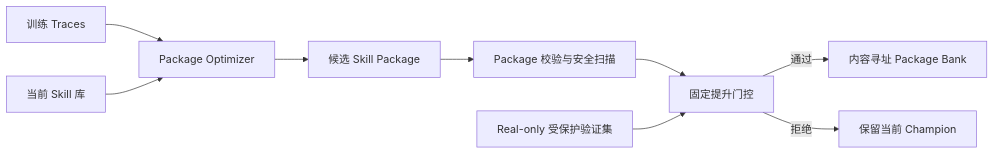
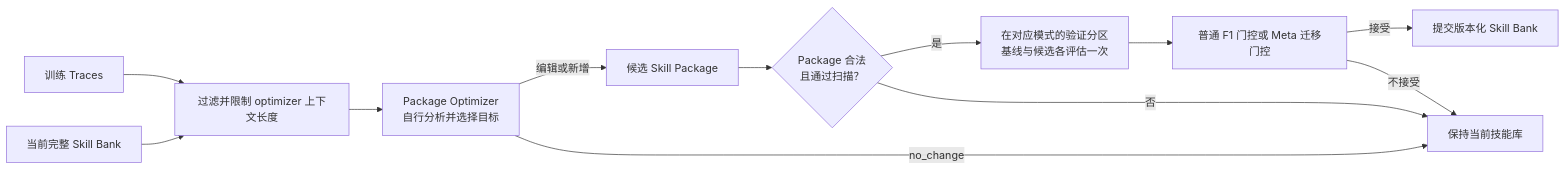
The second of 4 diagrams in README.zh-CN.md (FengyuanYin/EvoFactSkill), drawn with Mermaid before and after one commit. The commit also changed other lines of this file and 1 other file, not shown here.

Commit message:
docs: refresh bilingual inference and evolution workflow diagrams

````diff
--- a/README.zh-CN.md
+++ b/README.zh-CN.md
@@ -52,11 +54,14 @@
 ```mermaid
 flowchart LR
-    A[训练 Traces] --> C[Package Optimizer]
-    B[当前 Skill 库] --> C
-    C --> D[候选 Skill Package]
-    D --> E[Package 校验与安全扫描]
-    E --> F[固定提升门控]
-    G[Real-only 受保护验证集] --> F
-    F -->|通过| H[内容寻址 Package Bank]
-    F -->|拒绝| I[保留当前 Champion]
+    A["训练 Traces"] --> X["过滤并限制 optimizer 上下文长度"]
+    B["当前完整 Skill Bank"] --> X
+    X --> C["Package Optimizer<br/>自行分析并选择目标"]
+    C -->|编辑或新增| D["候选 Skill Package"]
+    C -->|no_change| I["保持当前技能库"]
+    D --> E{"Package 合法<br/>且通过扫描？"}
+    E -->|是| V["在对应模式的验证分区<br/>基线与候选各评估一次"]
+    E -->|否| I
+    V --> F["普通 F1 门控或 Meta 迁移门控"]
+    F -->|接受| H["提交版本化 Skill Bank"]
+    F -->|不接受| I
 ```
````
